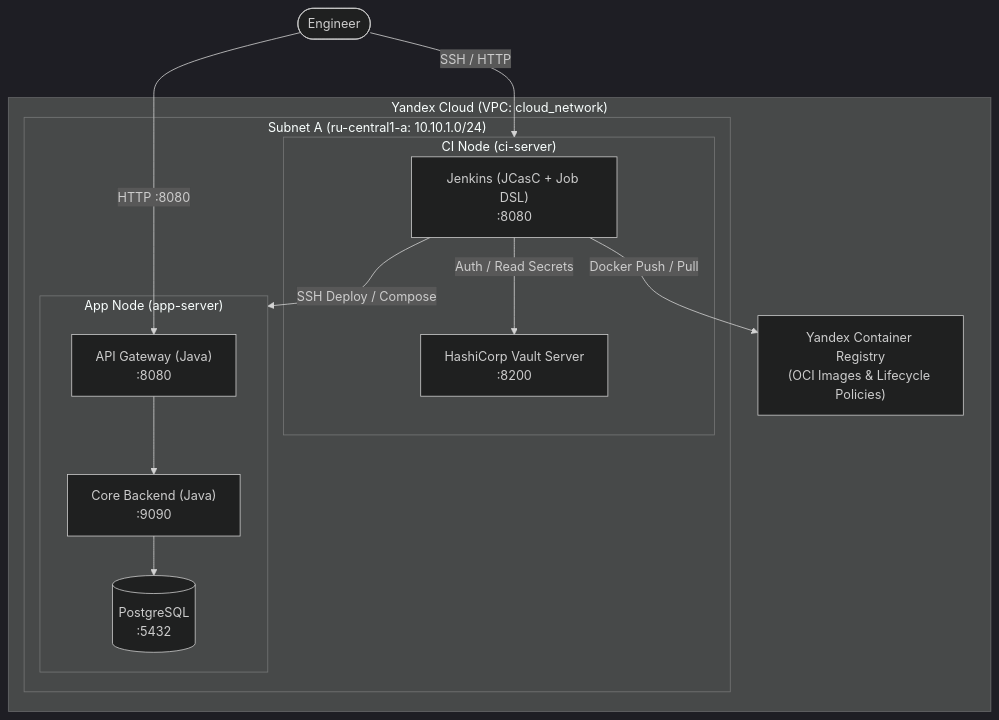
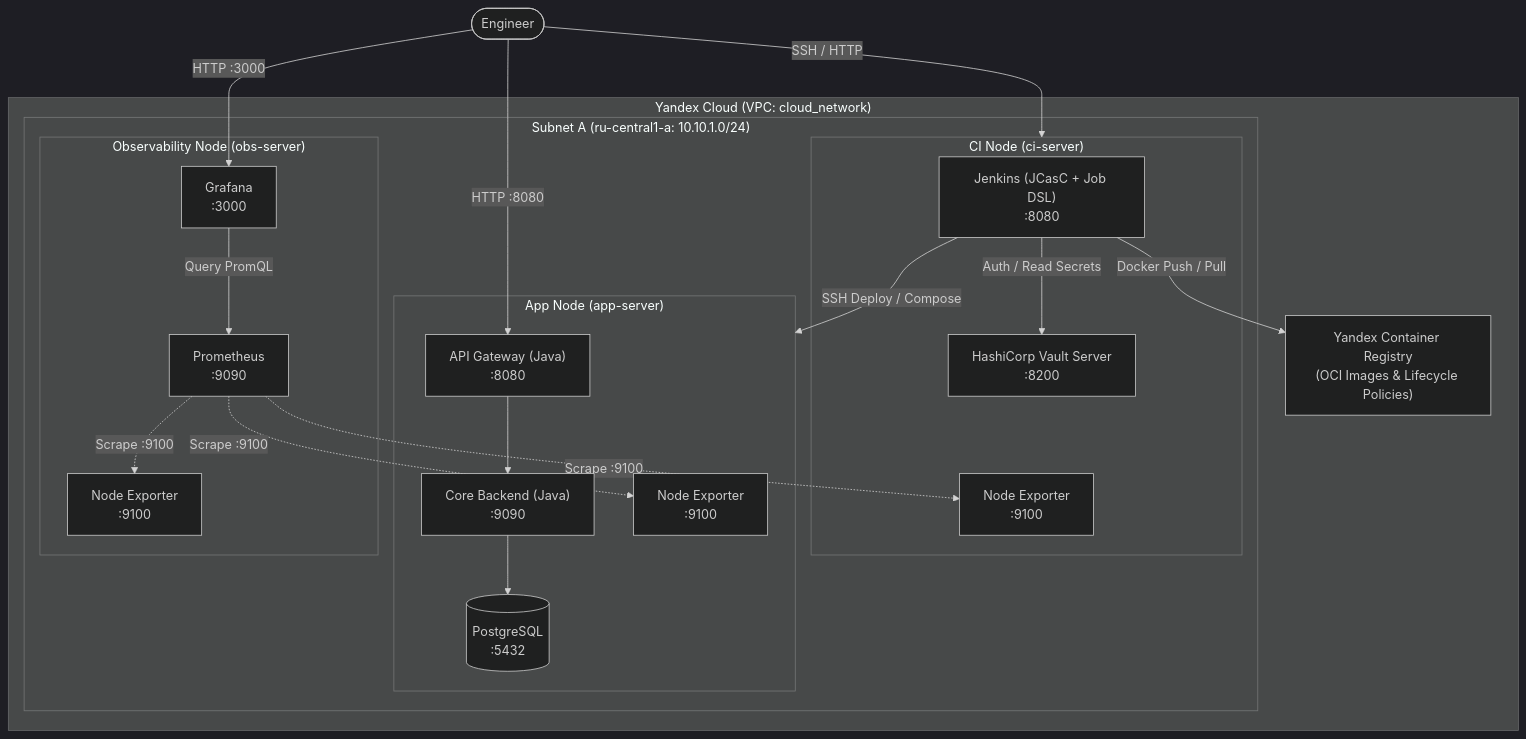
The first of 2 diagrams in README.md (h0ttab/devops-cloud-project), drawn with Mermaid (dark theme) before and after one commit. The commit also changed other lines of this file and 1 other file, not shown here.

````diff
--- a/README.md
+++ b/README.md
@@ -68,43 +72,47 @@
 ```mermaid
 graph TB
 
     subgraph YC ["Yandex Cloud (VPC: cloud_network)"]
 
         subgraph SubnetA ["Subnet A (ru-central1-a: 10.10.1.0/24)"]
 
             subgraph CIServer ["CI Node (ci-server)"]
-
                 Jenkins["Jenkins (JCasC + Job DSL)<br/>:8080"]
-
                 Vault["HashiCorp Vault Server<br/>:8200"]
-
+                NodeExpCI["Node Exporter<br/>:9100"]
             end
 
             subgraph AppServer ["App Node (app-server)"]
+                Gateway["API Gateway (Java)<br/>:8080"]
+                Backend["Core Backend (Java)<br/>:9090"]
+                Postgres[("PostgreSQL<br/>:5432")]
+                NodeExpApp["Node Exporter<br/>:9100"]
+            end
 
-                Gateway["API Gateway (Java)<br/>:8080"]
-
-                Backend["Core Backend (Java)<br/>:9090"]
-
-                Postgres[("PostgreSQL<br/>:5432")]
-
+            subgraph ObsServer ["Observability Node (obs-server)"]
+                Prometheus["Prometheus<br/>:9090"]
+                Grafana["Grafana<br/>:3000"]
+                NodeExpObs["Node Exporter<br/>:9100"]
             end
 
         end
 
         YCR["Yandex Container Registry<br/>(OCI Images & Lifecycle Policies)"]
 
     end
 
     User(["Engineer"]) -->|SSH / HTTP| CIServer
-
     User -->|HTTP :8080| Gateway
+    User -->|HTTP :3000| Grafana
 
     Jenkins -->|Auth / Read Secrets| Vault
-
     Jenkins -->|Docker Push / Pull| YCR
-
     Jenkins -->|SSH Deploy / Compose| AppServer
 
     Gateway --> Backend --> Postgres
+
+    Prometheus -.->|Scrape :9100| NodeExpCI
+    Prometheus -.->|Scrape :9100| NodeExpApp
+    Prometheus -.->|Scrape :9100| NodeExpObs
+    Grafana -->|Query PromQL| Prometheus
 ```
````
